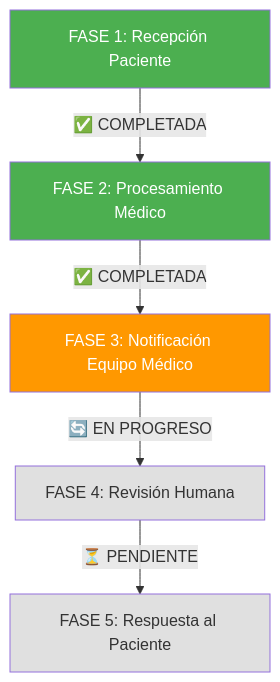
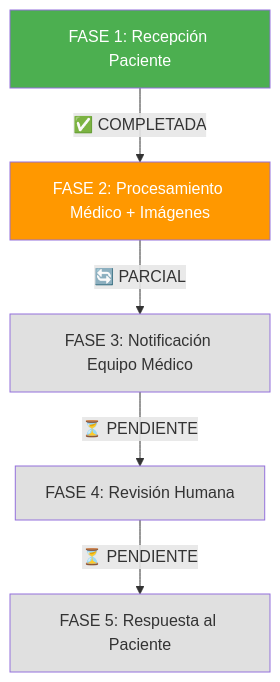
One commit to AutonomosCdM/vigia changed the diagram in BRUCE_WAYNE_PHASE_REVIEW.md. Above: the diagram before and after it, drawn with Mermaid. The commit also changed other lines of this file, not shown here.

First line of the commit message:
docs: Update Bruce Wayne FASE 2 status - Image Storage complete, AI Services pending

````diff
--- a/BRUCE_WAYNE_PHASE_REVIEW.md
+++ b/BRUCE_WAYNE_PHASE_REVIEW.md
@@ -18,13 +18,13 @@
 ```mermaid
 graph TD
-    A[FASE 1: Recepción Paciente] -->|✅ COMPLETADA| B[FASE 2: Procesamiento Médico]
-    B -->|✅ COMPLETADA| C[FASE 3: Notificación Equipo Médico]
-    C -->|🔄 EN PROGRESO| D[FASE 4: Revisión Humana]
+    A[FASE 1: Recepción Paciente] -->|✅ COMPLETADA| B[FASE 2: Procesamiento Médico + Imágenes]
+    B -->|🔄 PARCIAL| C[FASE 3: Notificación Equipo Médico]
+    C -->|⏳ PENDIENTE| D[FASE 4: Revisión Humana]
     D -->|⏳ PENDIENTE| E[FASE 5: Respuesta al Paciente]
     
     style A fill:#4caf50,color:#fff
-    style B fill:#4caf50,color:#fff
-    style C fill:#ff9800,color:#fff
+    style B fill:#ff9800,color:#fff
+    style C fill:#e0e0e0
     style D fill:#e0e0e0
     style E fill:#e0e0e0
 ```
````
